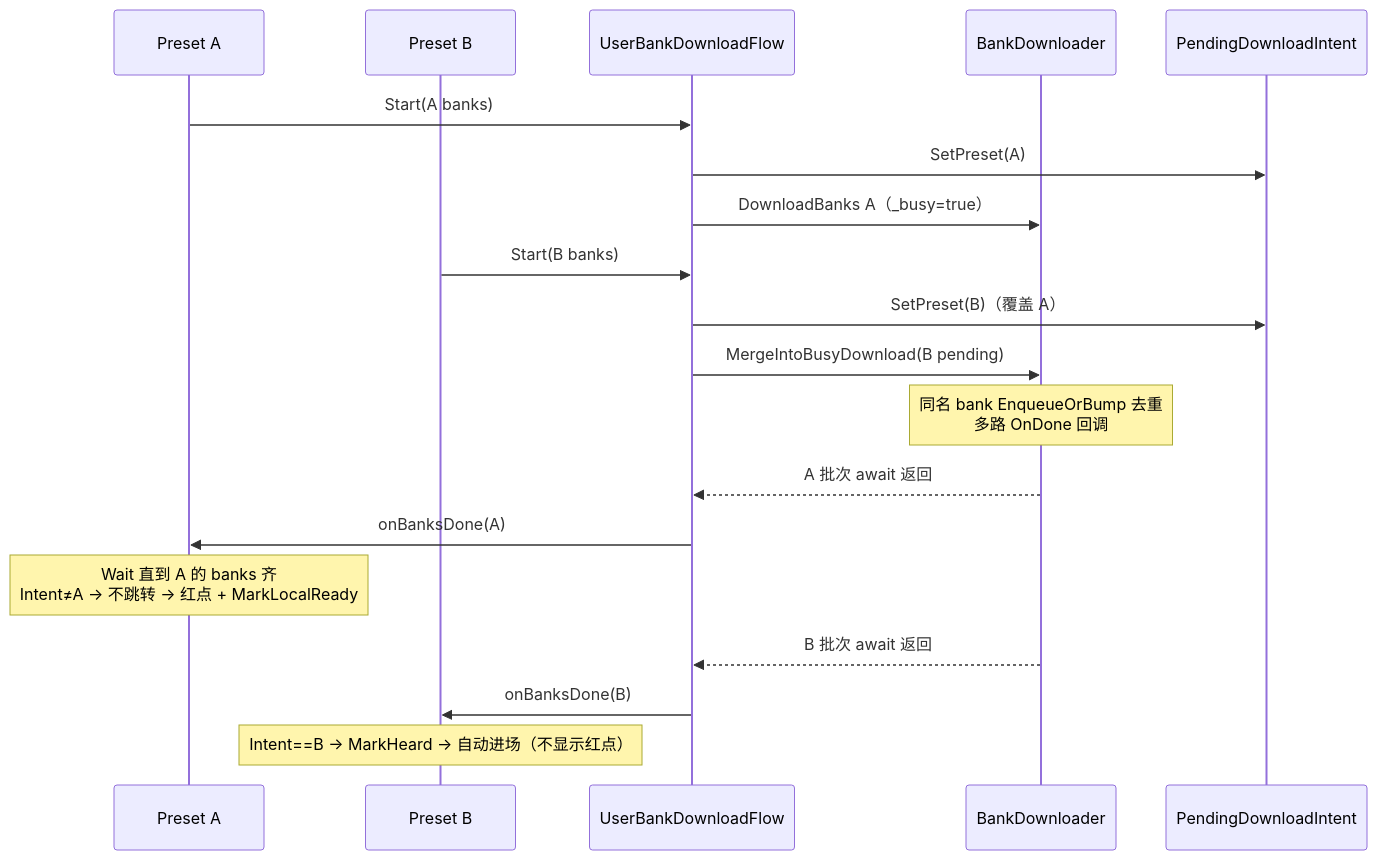
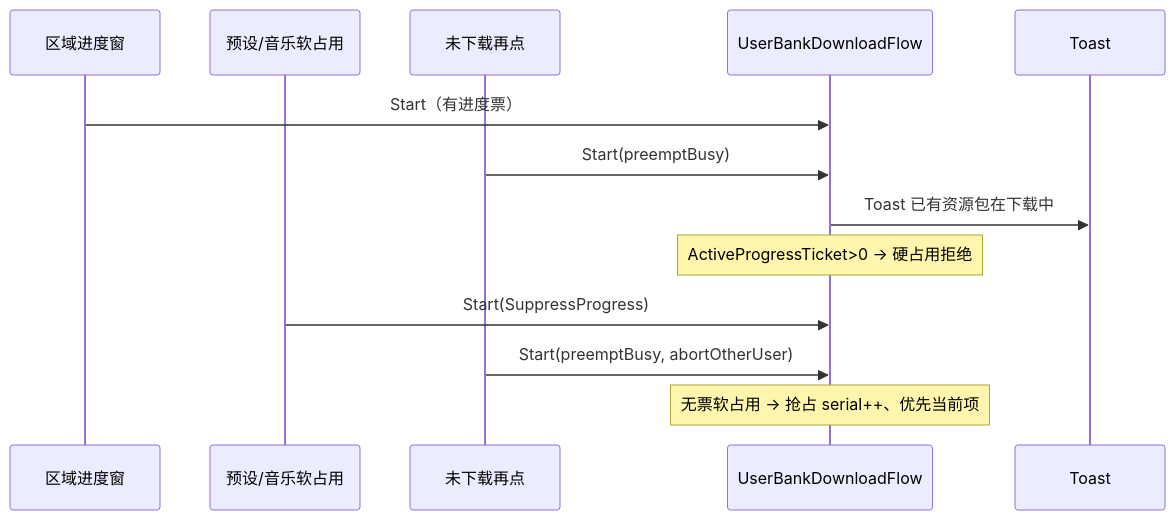
The sixth of 12 diagrams in Assets/GameMain/Docs/13-bank-download.md (sika0819/CustomSRP), drawn with Mermaid before and after one commit. The commit also changed other lines of this file and 266 other files, not shown here.

First line of the commit message:
feat(island): harden playback, grass bake, and bank flow

````diff
--- a/Assets/GameMain/Docs/13-bank-download.md
+++ b/Assets/GameMain/Docs/13-bank-download.md
@@ -218,22 +225,17 @@
 ```mermaid
 sequenceDiagram
-  participant A as Preset A
-  participant B as Preset B
+  participant Gate as 区域进度窗
+  participant Soft as 预设/音乐软占用
+  participant Click as 未下载再点
   participant Flow as UserBankDownloadFlow
-  participant DL as BankDownloader
-  participant Intent as PendingDownloadIntent
+  participant UI as Toast
 
-  A->>Flow: Start(A banks)
-  Flow->>Intent: SetPreset(A)
-  Flow->>DL: DownloadBanks A（_busy=true）
-  B->>Flow: Start(B banks)
-  Flow->>Intent: SetPreset(B)（覆盖 A）
-  Flow->>DL: MergeIntoBusyDownload(B pending)
-  Note over DL: 同名 bank EnqueueOrBump 去重<br/>多路 OnDone 回调
-  DL-->>Flow: A 批次 await 返回
-  Flow->>A: onBanksDone(A)
-  Note over A: Wait 直到 A 的 banks 齐<br/>Intent≠A → 不跳转 → 红点 + MarkLocalReady
-  DL-->>Flow: B 批次 await 返回
-  Flow->>B: onBanksDone(B)
-  Note over B: Intent==B → MarkHeard → 自动进场（不显示红点）
+  Gate->>Flow: Start（有进度票）
+  Click->>Flow: Start(preemptBusy)
+  Flow->>UI: Toast 已有资源包在下载中
+  Note over Flow: ActiveProgressTicket>0 → 硬占用拒绝
+
+  Soft->>Flow: Start(SuppressProgress)
+  Click->>Flow: Start(preemptBusy, abortOtherUser)
+  Note over Flow: 无票软占用 → 抢占 serial++、优先当前项
 ```
````
